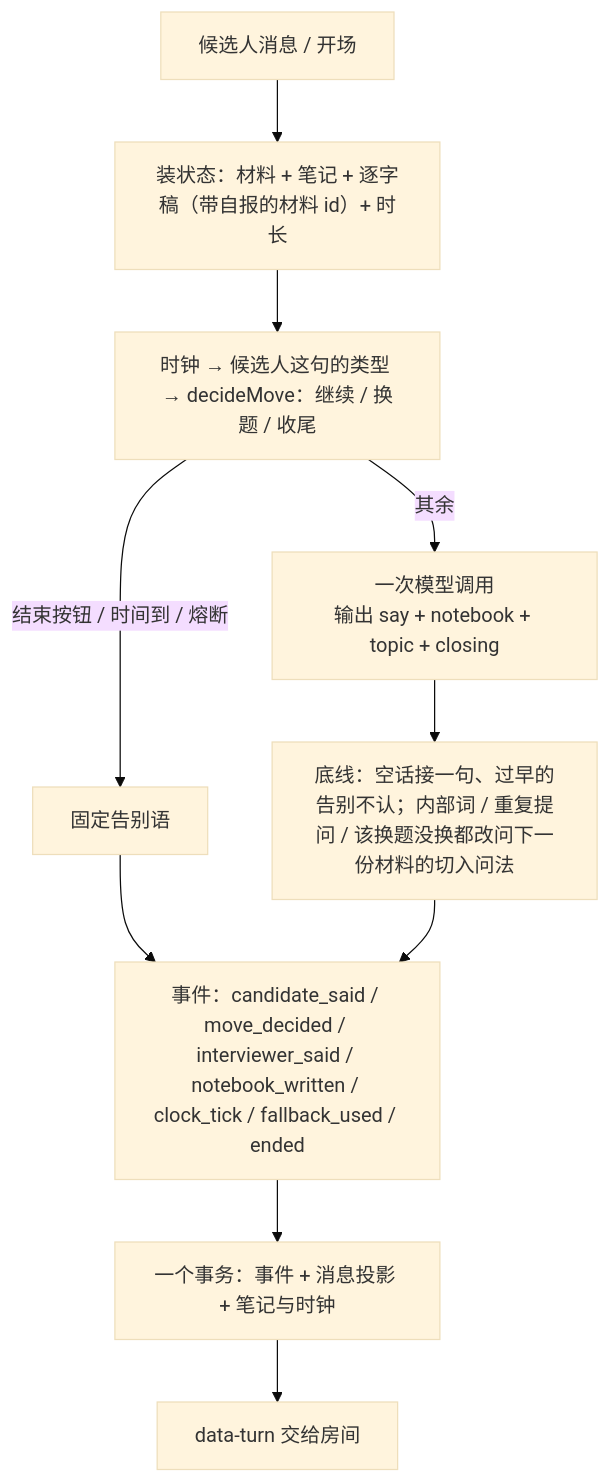
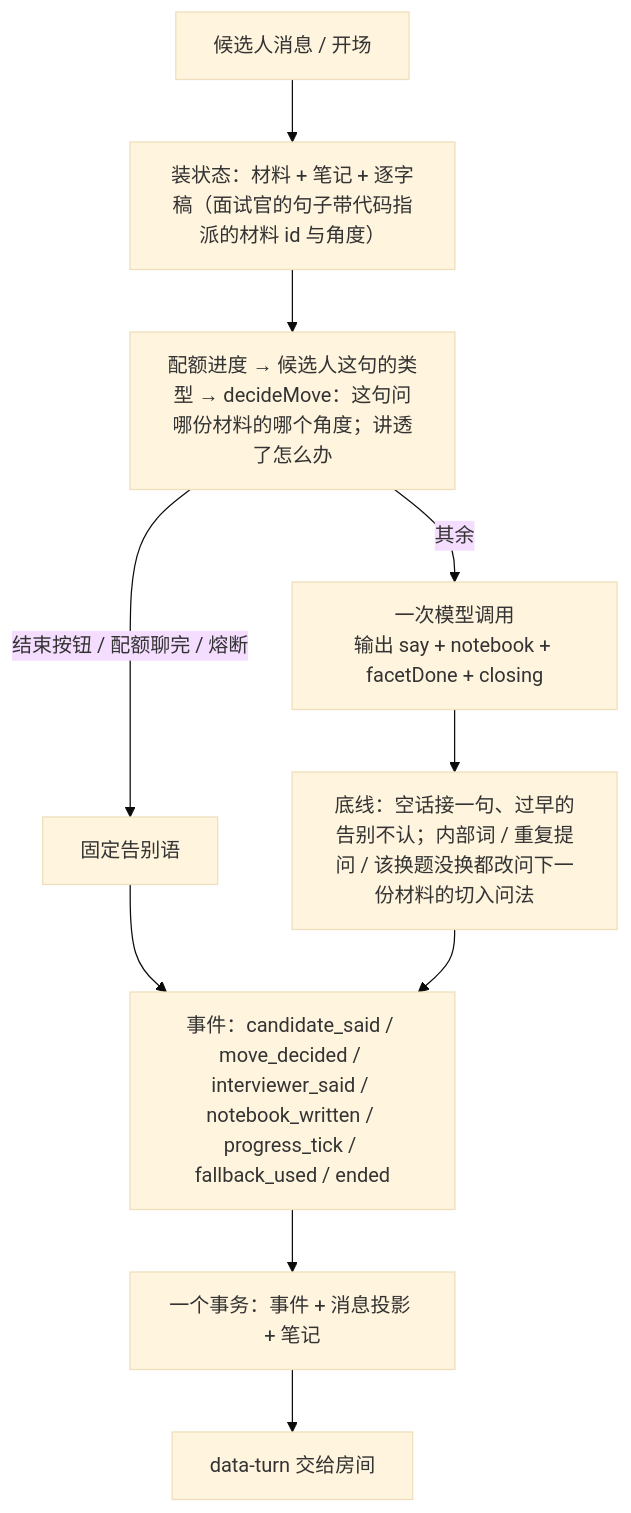
Before and after one commit to yuecao365/OfferCome: the diagram in docs/interview-flow-during.md, drawn with Mermaid (base theme). The commit also changed other lines of this file and 33 other files, not shown here.

````diff
--- a/docs/interview-flow-during.md
+++ b/docs/interview-flow-during.md
@@ -9,12 +9,12 @@
 ```mermaid
 flowchart TD
-  M[候选人消息 / 开场] --> L[装状态：材料 + 笔记 + 逐字稿（带自报的材料 id）+ 时长]
-  L --> C[时钟 → 候选人这句的类型 → decideMove：继续 / 换题 / 收尾]
-  C -- 结束按钮 / 时间到 / 熔断 --> F[固定告别语]
-  C -- 其余 --> A[一次模型调用<br/>输出 say + notebook + topic + closing]
+  M[候选人消息 / 开场] --> L[装状态：材料 + 笔记 + 逐字稿（面试官的句子带代码指派的材料 id 与角度）]
+  L --> C[配额进度 → 候选人这句的类型 → decideMove：这句问哪份材料的哪个角度；讲透了怎么办]
+  C -- 结束按钮 / 配额聊完 / 熔断 --> F[固定告别语]
+  C -- 其余 --> A[一次模型调用<br/>输出 say + notebook + facetDone + closing]
   A --> V[底线：空话接一句、过早的告别不认；内部词 / 重复提问 / 该换题没换都改问下一份材料的切入问法]
   F --> E
-  V --> E[事件：candidate_said / move_decided / interviewer_said / notebook_written / clock_tick / fallback_used / ended]
-  E --> S[一个事务：事件 + 消息投影 + 笔记与时钟]
+  V --> E[事件：candidate_said / move_decided / interviewer_said / notebook_written / progress_tick / fallback_used / ended]
+  E --> S[一个事务：事件 + 消息投影 + 笔记]
   S --> UI[data-turn 交给房间]
 ```
````
